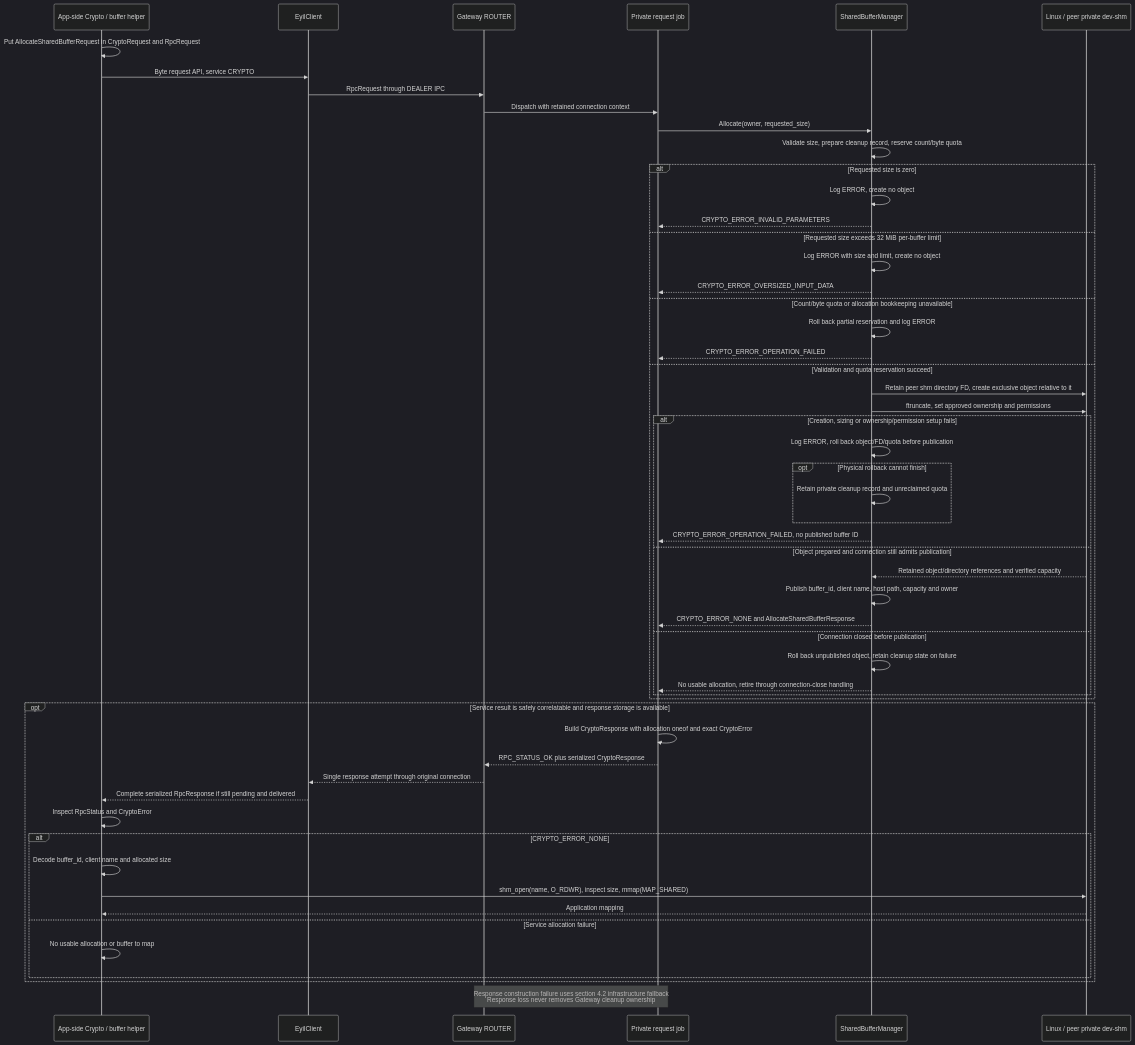
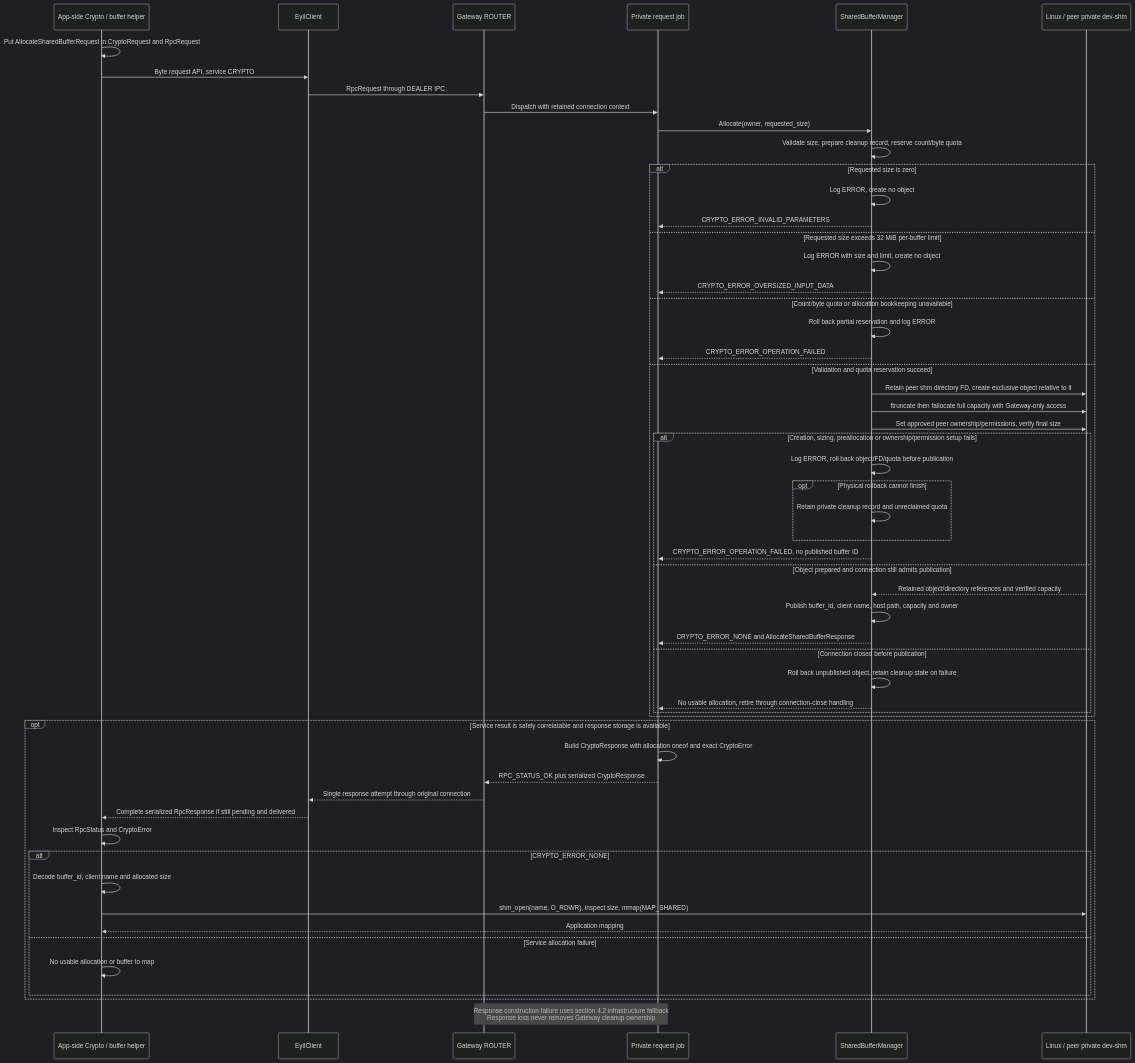
Before and after one commit to rdkcentral/eyil-secure-gateway: the seventh of 22 diagrams in doc/EyilGateway.md, drawn with Mermaid (dark theme). The commit also changed other lines of this file and 2 other files, not shown here.

````diff
--- a/doc/EyilGateway.md
+++ b/doc/EyilGateway.md
@@ -1217,57 +1275,58 @@
 ```mermaid
 sequenceDiagram
     participant A as App-side Crypto / buffer helper
     participant L as EyilClient
     participant R as Gateway ROUTER
     participant J as Private request job
     participant B as SharedBufferManager
     participant K as Linux / peer private dev-shm
     A->>A: Put AllocateSharedBufferRequest in CryptoRequest and RpcRequest
     A->>L: Byte request API, service CRYPTO
     L->>R: RpcRequest through DEALER IPC
     R->>J: Dispatch with retained connection context
     J->>B: Allocate(owner, requested_size)
     B->>B: Validate size, prepare cleanup record, reserve count/byte quota
     alt Requested size is zero
         B->>B: Log ERROR, create no object
         B-->>J: CRYPTO_ERROR_INVALID_PARAMETERS
     else Requested size exceeds 32 MiB per-buffer limit
         B->>B: Log ERROR with size and limit, create no object
         B-->>J: CRYPTO_ERROR_OVERSIZED_INPUT_DATA
     else Count/byte quota or allocation bookkeeping unavailable
         B->>B: Roll back partial reservation and log ERROR
         B-->>J: CRYPTO_ERROR_OPERATION_FAILED
     else Validation and quota reservation succeed
         B->>K: Retain peer shm directory FD, create exclusive object relative to it
-        B->>K: ftruncate, set approved ownership and permissions
-        alt Creation, sizing or ownership/permission setup fails
+        B->>K: ftruncate then fallocate full capacity with Gateway-only access
+        B->>K: Set approved peer ownership/permissions, verify final size
+        alt Creation, sizing, preallocation or ownership/permission setup fails
             B->>B: Log ERROR, roll back object/FD/quota before publication
             opt Physical rollback cannot finish
                 B->>B: Retain private cleanup record and unreclaimed quota
             end
             B-->>J: CRYPTO_ERROR_OPERATION_FAILED, no published buffer ID
         else Object prepared and connection still admits publication
             K-->>B: Retained object/directory references and verified capacity
             B->>B: Publish buffer_id, client name, host path, capacity and owner
             B-->>J: CRYPTO_ERROR_NONE and AllocateSharedBufferResponse
         else Connection closed before publication
             B->>B: Roll back unpublished object, retain cleanup state on failure
             B-->>J: No usable allocation, retire through connection-close handling
         end
     end
     opt Service result is safely correlatable and response storage is available
         J->>J: Build CryptoResponse with allocation oneof and exact CryptoError
         J-->>R: RPC_STATUS_OK plus serialized CryptoResponse
         R-->>L: Single response attempt through original connection
         L-->>A: Complete serialized RpcResponse if still pending and delivered
         A->>A: Inspect RpcStatus and CryptoError
         alt CRYPTO_ERROR_NONE
             A->>A: Decode buffer_id, client name and allocated size
             A->>K: shm_open(name, O_RDWR), inspect size, mmap(MAP_SHARED)
             K-->>A: Application mapping
         else Service allocation failure
             A->>A: No usable allocation or buffer to map
         end
     end
     Note over J,R: Response construction failure uses section 4.2 infrastructure fallback<br/>Response loss never removes Gateway cleanup ownership
 ```
````
